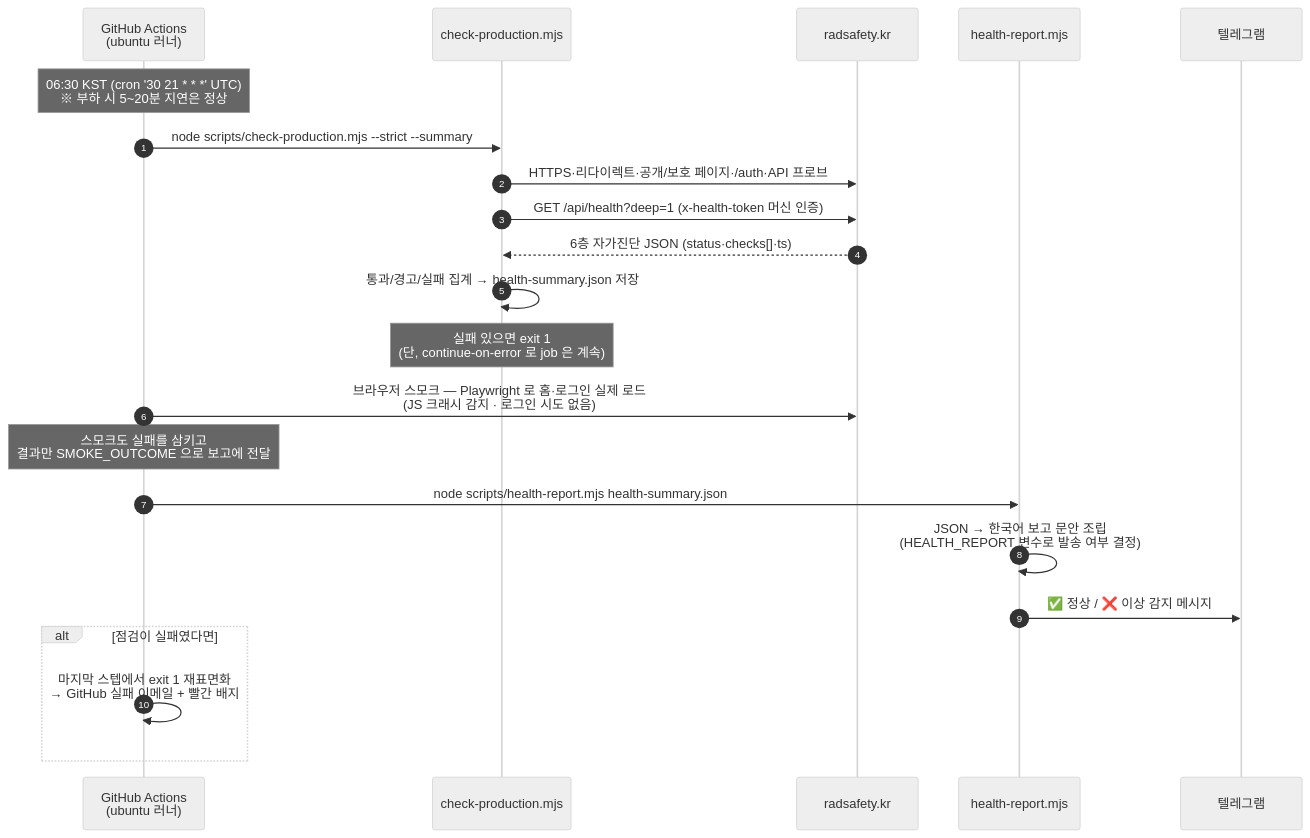
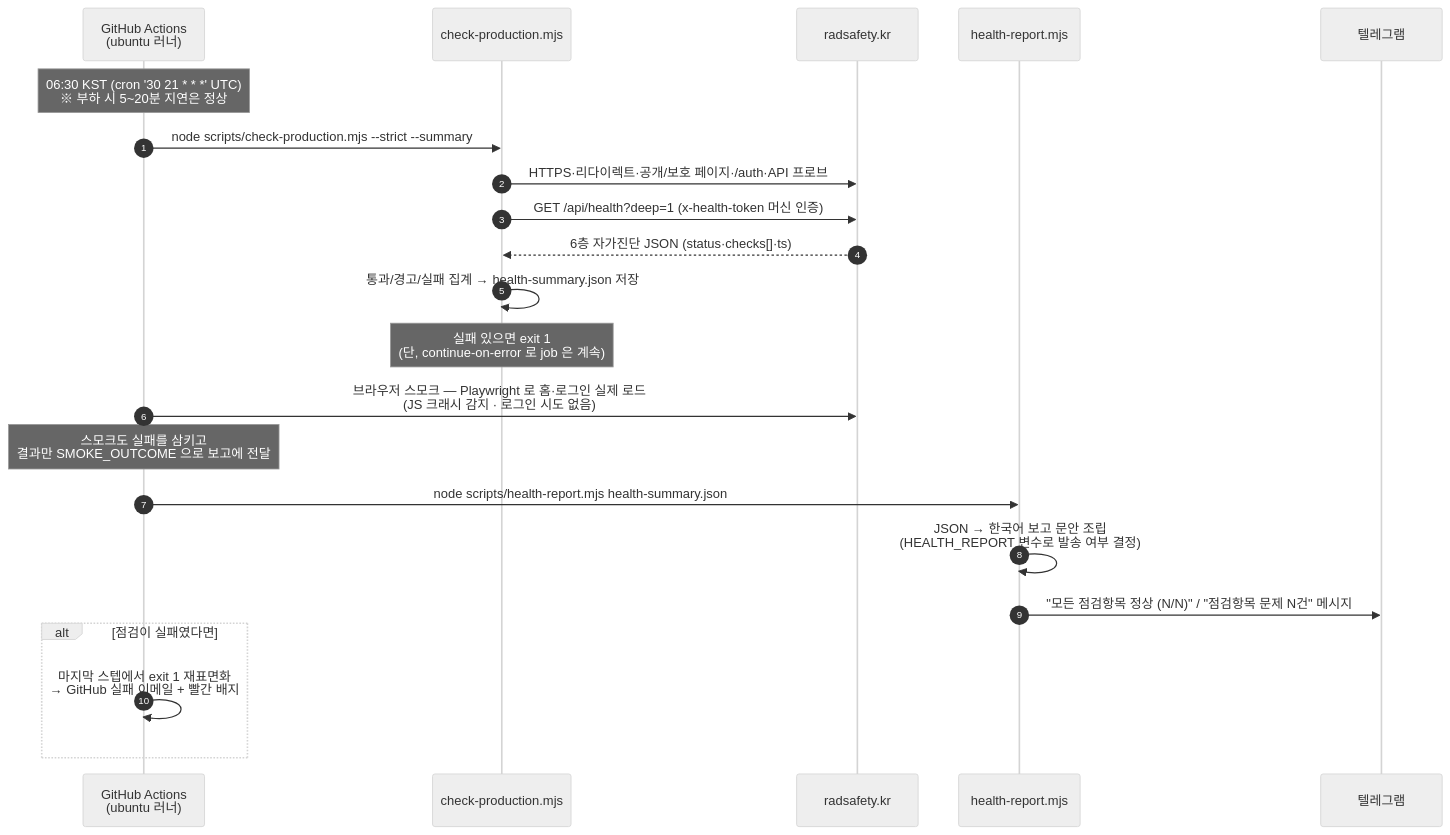
One commit to ai4radmed/radsafety-pwa changed the second of 4 diagrams in documents/health_monitoring_guide.md. Above: the diagram before and after it, drawn with Mermaid (neutral theme). The commit also changed other lines of this file and 3 other files, not shown here.

````diff
--- a/documents/health_monitoring_guide.md
+++ b/documents/health_monitoring_guide.md
@@ -64,25 +64,25 @@
 ```mermaid
 sequenceDiagram
     autonumber
     participant GH as GitHub Actions<br/>(ubuntu 러너)
     participant CP as check-production.mjs
     participant App as radsafety.kr
     participant HR as health-report.mjs
     participant TG as 텔레그램
 
     Note over GH: 06:30 KST (cron '30 21 * * *' UTC)<br/>※ 부하 시 5~20분 지연은 정상
     GH->>CP: node scripts/check-production.mjs --strict --summary
     CP->>App: HTTPS·리다이렉트·공개/보호 페이지·/auth·API 프로브
     CP->>App: GET /api/health?deep=1 (x-health-token 머신 인증)
     App-->>CP: 6층 자가진단 JSON (status·checks[]·ts)
     CP->>CP: 통과/경고/실패 집계 → health-summary.json 저장
     Note over CP: 실패 있으면 exit 1<br/>(단, continue-on-error 로 job 은 계속)
     GH->>App: 브라우저 스모크 — Playwright 로 홈·로그인 실제 로드<br/>(JS 크래시 감지 · 로그인 시도 없음)
     Note over GH: 스모크도 실패를 삼키고<br/>결과만 SMOKE_OUTCOME 으로 보고에 전달
     GH->>HR: node scripts/health-report.mjs health-summary.json
     HR->>HR: JSON → 한국어 보고 문안 조립<br/>(HEALTH_REPORT 변수로 발송 여부 결정)
-    HR->>TG: ✅ 정상 / ❌ 이상 감지 메시지
+    HR->>TG: "모든 점검항목 정상 (N/N)" / "점검항목 문제 N건" 메시지
     alt 점검이 실패였다면
         GH->>GH: 마지막 스텝에서 exit 1 재표면화<br/>→ GitHub 실패 이메일 + 빨간 배지
     end
 ```
````
